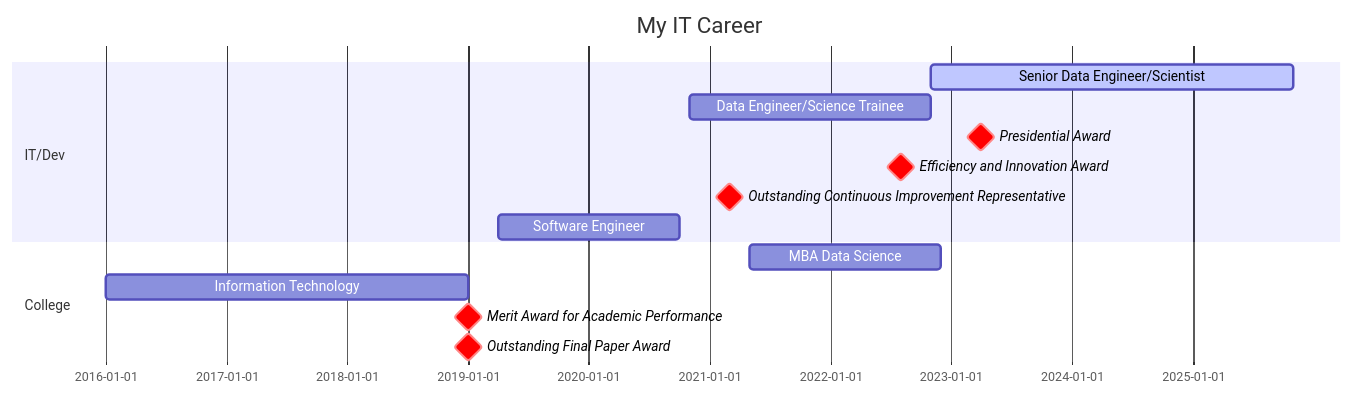
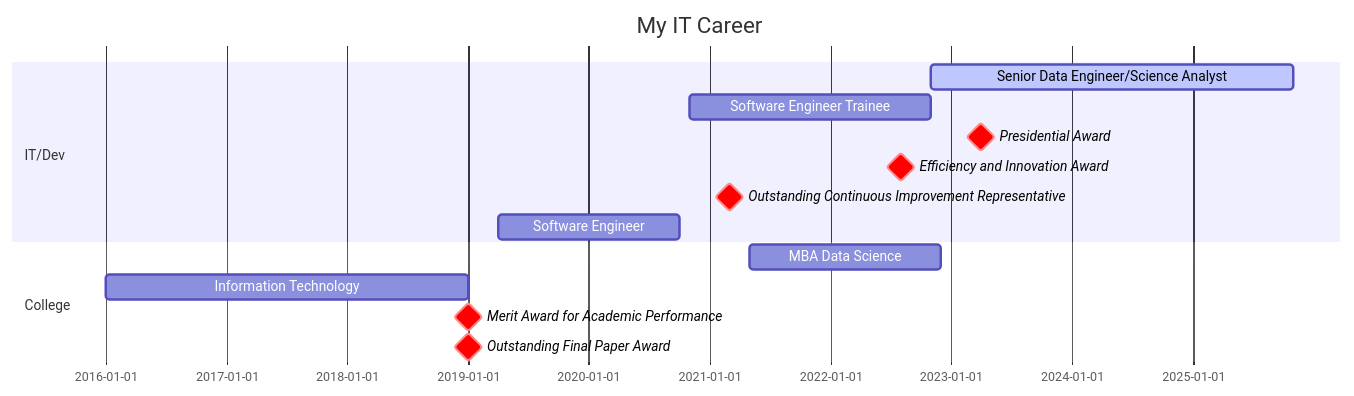
Before and after one commit to josehenriqueroveda/josehenriqueroveda: the diagram in README.md, drawn with Mermaid.

````diff
--- a/README.md
+++ b/README.md
@@ -45,19 +45,19 @@
 ```mermaid
 gantt
        dateFormat  MM-YYYY
        title My IT Career
 
        section IT/Dev
-       Senior Data Engineer/Scientist   :active,  des1, after des2, 3y
-       Data Engineer/Science Trainee    :  des2, 11-2020, 11-2022
+       Senior Data Engineer/Science Analyst   :active,  des1, after des2, 3y
+       Software Engineer Trainee    :  des2, 11-2020, 11-2022
        Presidential Award   :milestone, crit, 04-2023, 1d
        Efficiency and Innovation Award   :milestone, crit, 08-2022, 1d
        Outstanding Continuous Improvement Representative   :milestone, crit, 03-2021, 1d
        Software Engineer    :  des3, 04-2019, 10-2020
 
        section College
        MBA Data Science   : des5, 05-2021, 12-2022
        Information Technology : des6, 01-2016, 01-2019
        Merit Award for Academic Performance   :milestone, crit, 01-2019, 1d
        Outstanding Final Paper Award   :milestone, crit, 01-2019, 1d
 ```
````
